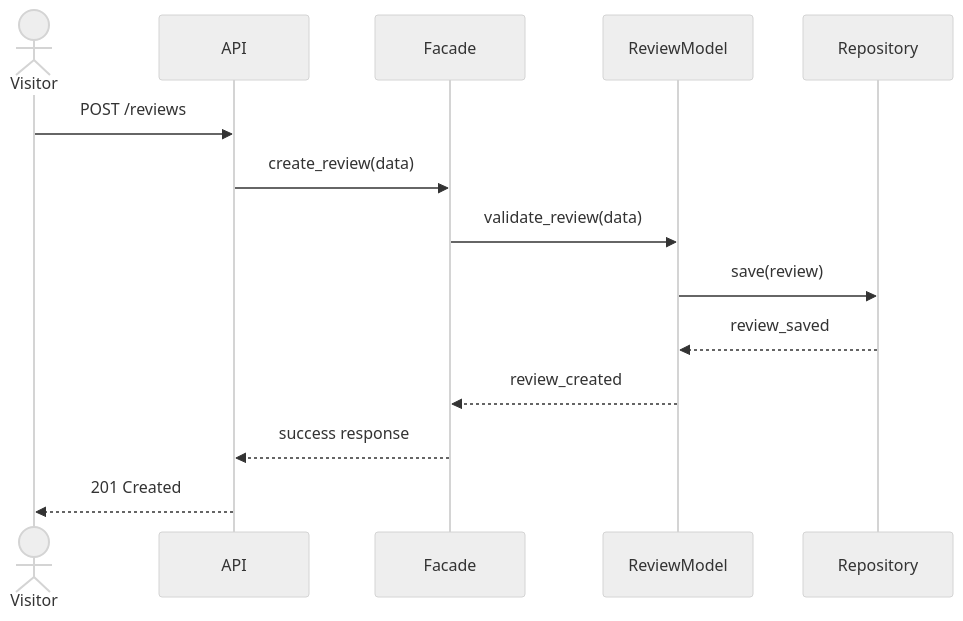
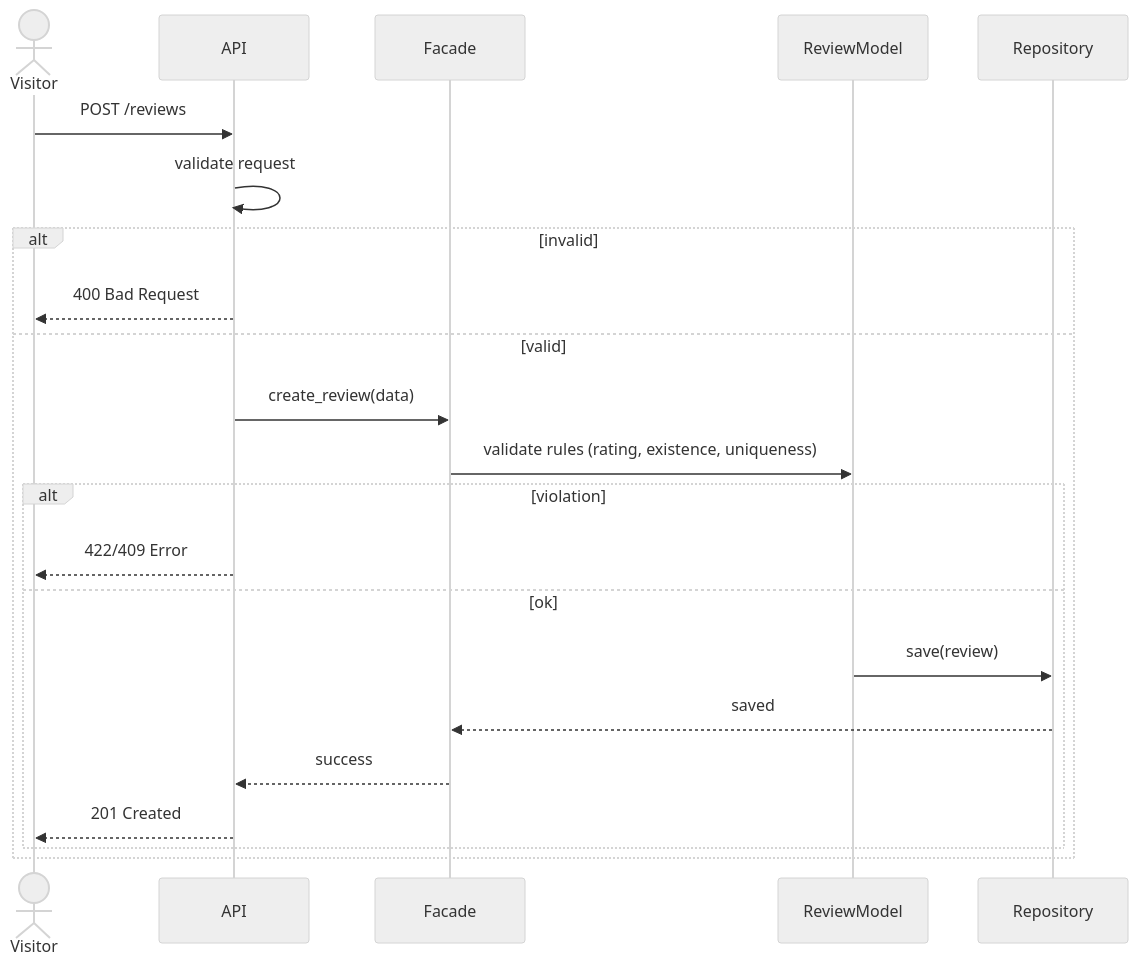
One commit to SaraEstelle/holbertonschool-hbnb changed the third of 4 diagrams in part1/Sequence-Diagrams_for_API_Calls.md. Above: the diagram before and after it, drawn with Mermaid (neutral theme). The commit also changed other lines of this file, not shown here.

Commit message:
diagrams_with_constraints

`````diff
--- a/part1/Sequence-Diagrams_for_API_Calls.md
+++ b/part1/Sequence-Diagrams_for_API_Calls.md
@@ -59,17 +81,28 @@
 ```mermaid
 sequenceDiagram
     actor Visitor
     participant API
     participant Facade
     participant ReviewModel
     participant Repository
 
     Visitor ->> API: POST /reviews
-    API ->> Facade: create_review(data)
-    Facade ->> ReviewModel: validate_review(data)
-    ReviewModel ->> Repository: save(review)
-    Repository -->> ReviewModel: review_saved
-    ReviewModel -->> Facade: review_created
-    Facade -->> API: success response
-    API -->> Visitor: 201 Created
+
+    API ->> API: validate request
+
+    alt invalid
+        API -->> Visitor: 400 Bad Request
+    else valid
+        API ->> Facade: create_review(data)
+        Facade ->> ReviewModel: validate rules (rating, existence, uniqueness)
+
+        alt violation
+            API -->> Visitor: 422/409 Error
+        else ok
+            ReviewModel ->> Repository: save(review)
+            Repository -->> Facade: saved
+            Facade -->> API: success
+            API -->> Visitor: 201 Created
+        end
+    end
 ````
`````
